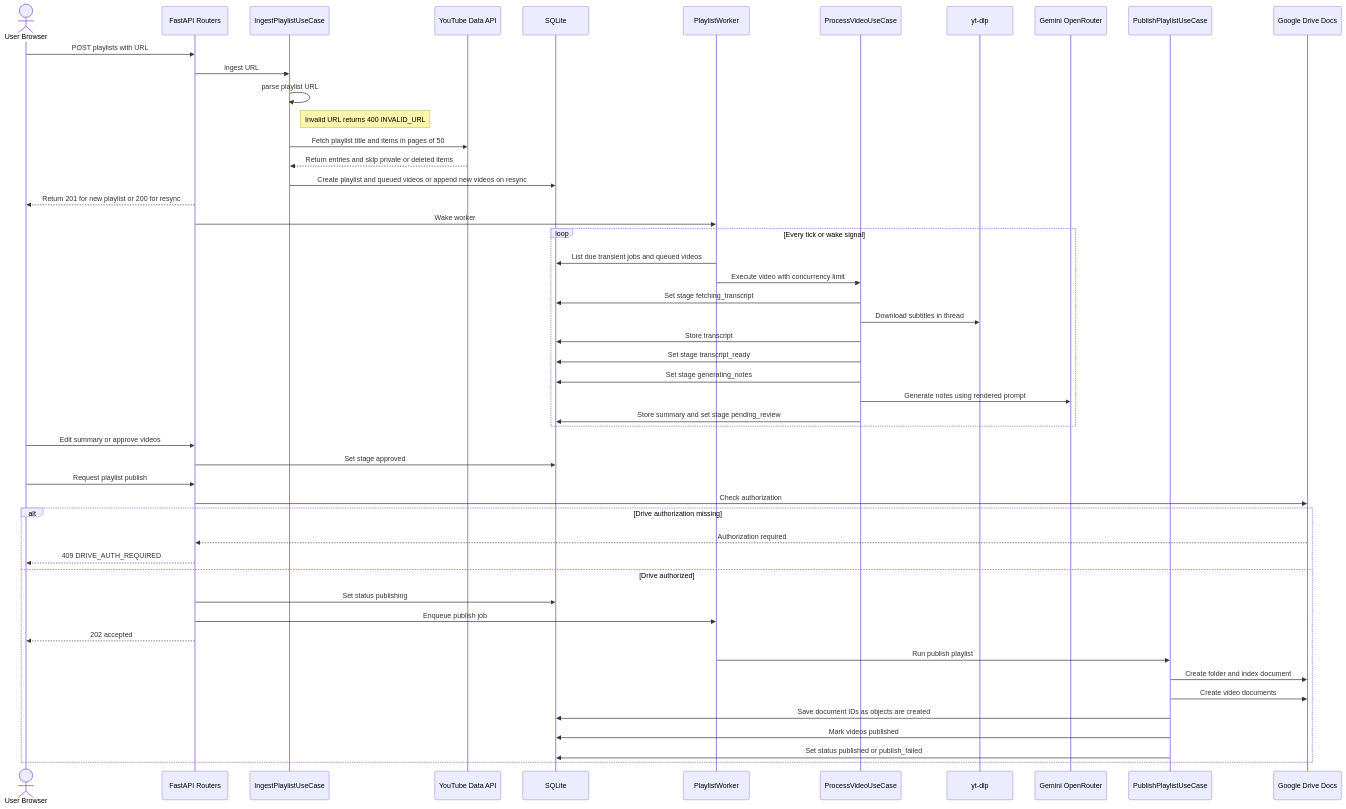
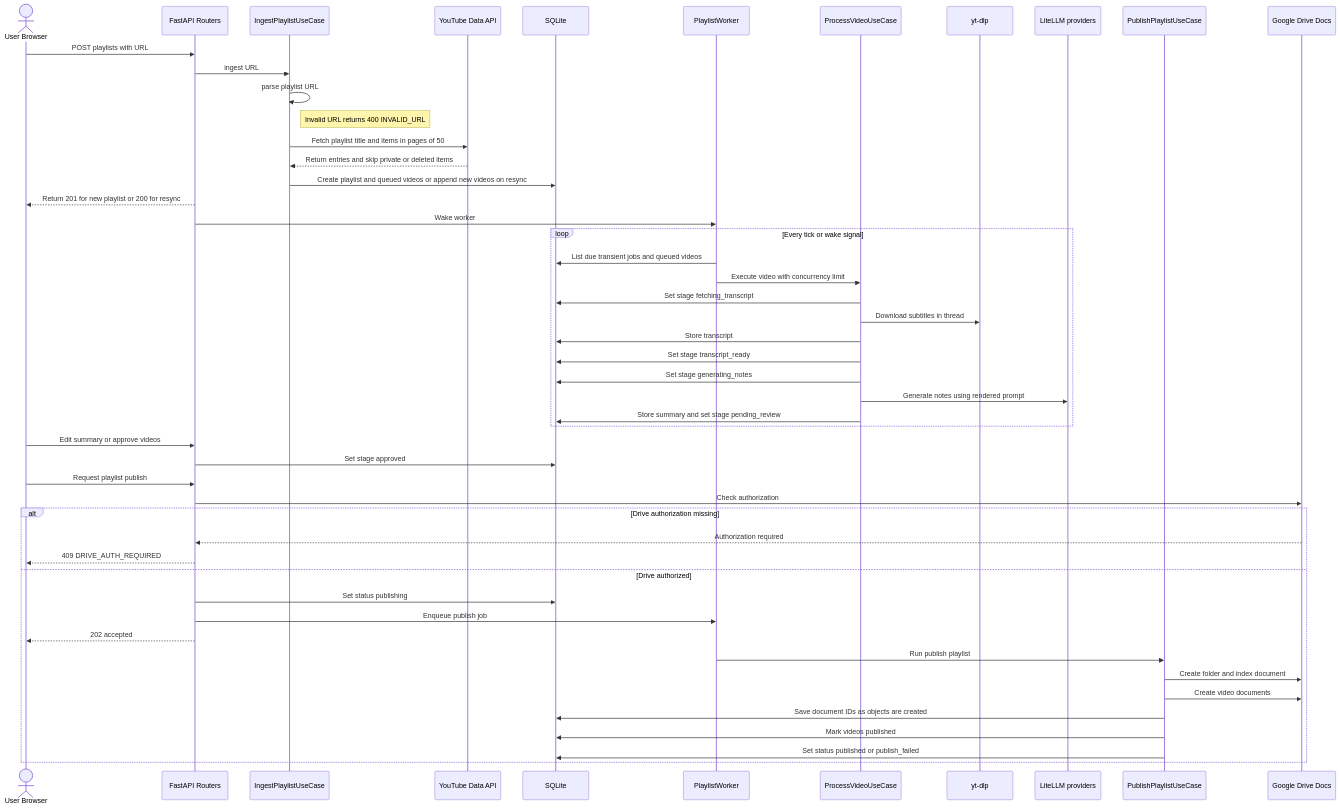
One commit to vikas794/atlas changed the third of 6 diagrams in docs/ARCHITECTURE.md. Above: the diagram before and after it, drawn with Mermaid. The commit also changed other lines of this file and 24 other files, not shown here.

````diff
--- a/docs/ARCHITECTURE.md
+++ b/docs/ARCHITECTURE.md
@@ -182,56 +182,56 @@
 ```mermaid
 sequenceDiagram
     actor U as User Browser
     participant API as FastAPI Routers
     participant ING as IngestPlaylistUseCase
     participant YT as YouTube Data API
     participant DB as SQLite
     participant W as PlaylistWorker
     participant PV as ProcessVideoUseCase
     participant YD as yt-dlp
-    participant LLM as Gemini OpenRouter
+    participant LLM as LiteLLM providers
     participant PUB as PublishPlaylistUseCase
     participant GD as Google Drive Docs
 
     U->>API: POST playlists with URL
     API->>ING: ingest URL
     ING->>ING: parse playlist URL
     Note right of ING: Invalid URL returns 400 INVALID_URL
     ING->>YT: Fetch playlist title and items in pages of 50
     YT-->>ING: Return entries and skip private or deleted items
     ING->>DB: Create playlist and queued videos or append new videos on resync
     API-->>U: Return 201 for new playlist or 200 for resync
     API->>W: Wake worker
 
     loop Every tick or wake signal
         W->>DB: List due transient jobs and queued videos
         W->>PV: Execute video with concurrency limit
         PV->>DB: Set stage fetching_transcript
         PV->>YD: Download subtitles in thread
         PV->>DB: Store transcript
         PV->>DB: Set stage transcript_ready
         PV->>DB: Set stage generating_notes
         PV->>LLM: Generate notes using rendered prompt
         PV->>DB: Store summary and set stage pending_review
     end
 
     U->>API: Edit summary or approve videos
     API->>DB: Set stage approved
     U->>API: Request playlist publish
     API->>GD: Check authorization
 
     alt Drive authorization missing
         GD-->>API: Authorization required
         API-->>U: 409 DRIVE_AUTH_REQUIRED
     else Drive authorized
         API->>DB: Set status publishing
         API->>W: Enqueue publish job
         API-->>U: 202 accepted
         W->>PUB: Run publish playlist
         PUB->>GD: Create folder and index document
         PUB->>GD: Create video documents
         PUB->>DB: Save document IDs as objects are created
         PUB->>DB: Mark videos published
         PUB->>DB: Set status published or publish_failed
     end
 ```
````
